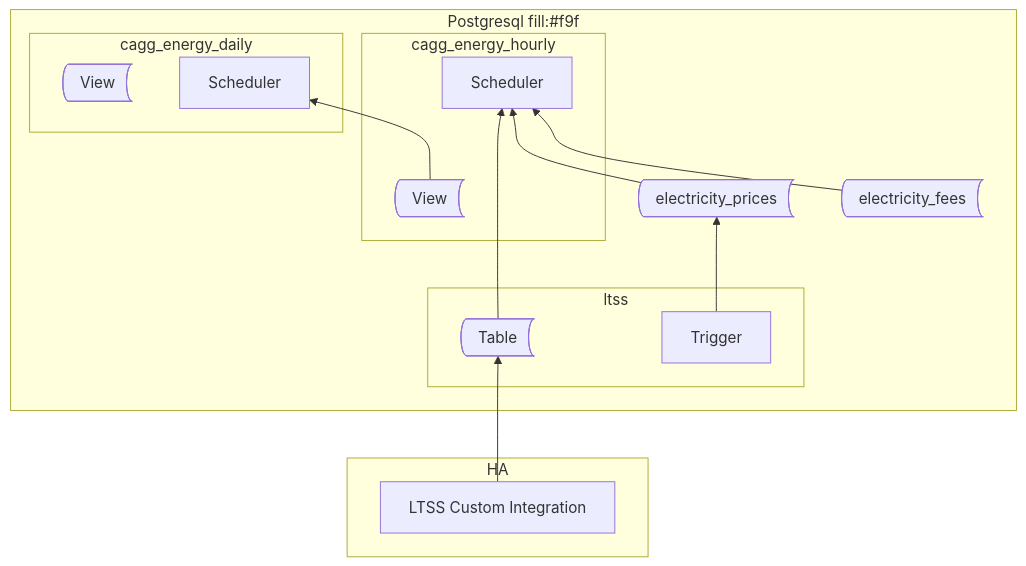
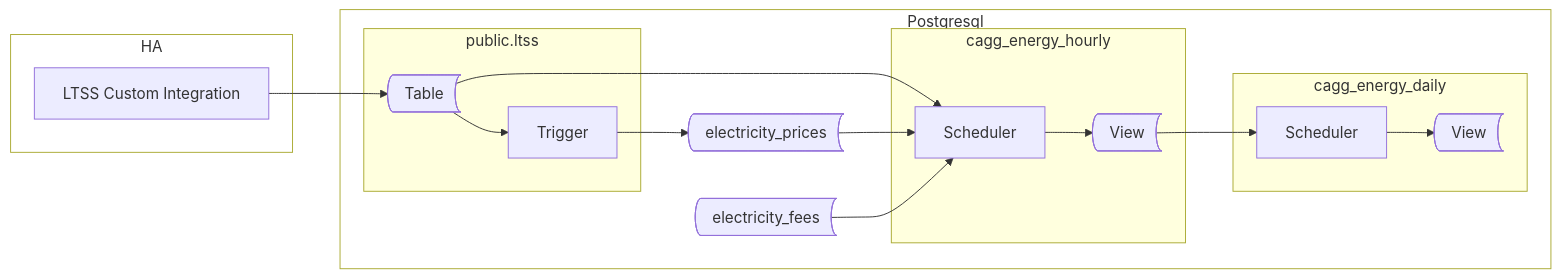
Before and after one commit to michalk-k/Home-Assistant-TimscaleDB: the diagram in energy-spot-prices.md, drawn with Mermaid. The commit also changed other lines of this file, not shown here.

Commit message:
new diagram

````diff
--- a/energy-spot-prices.md
+++ b/energy-spot-prices.md
@@ -11,38 +13,44 @@
 ```mermaid
-flowchart BT
+flowchart LR
 
-    subgraph Postgresql fill:#f9f
-        
+    subgraph Postgresql
+        style Postgresql fill:transparent
+        style HA fill:transparent
+
         t_prices@{ shape: bow-rect, label: "electricity_prices" }
         t_fees@{ shape: bow-rect, label: "electricity_fees" }
 
-        subgraph ltss
+        subgraph public.ltss
             t_ltss@{ shape: bow-rect, label: "Table" }
             tr_ltss@{ shape: rect, label: "Trigger" }
         end
 
         subgraph cagg_energy_hourly
             v_hourly@{ shape: bow-rect, label: "View" }
             p_hourly@{ shape: rect, label: "Scheduler" }
         end
 
         subgraph cagg_energy_daily
             v_daily@{ shape: bow-rect, label: "View" }
             p_daily@{ shape: rect, label: "Scheduler" }
         end
 
     end
 
     subgraph HA
+        
         p_ltss@{ shape: rect, label: "LTSS Custom Integration" }
     end
 
     v_hourly-->p_daily
     t_ltss-->p_hourly
     t_prices-->p_hourly
     t_fees-->p_hourly
     tr_ltss-->t_prices
     p_ltss-->t_ltss
+    p_hourly-->v_hourly
+    p_daily-->v_daily
+    t_ltss-->tr_ltss
 
 
 ``` 
````
